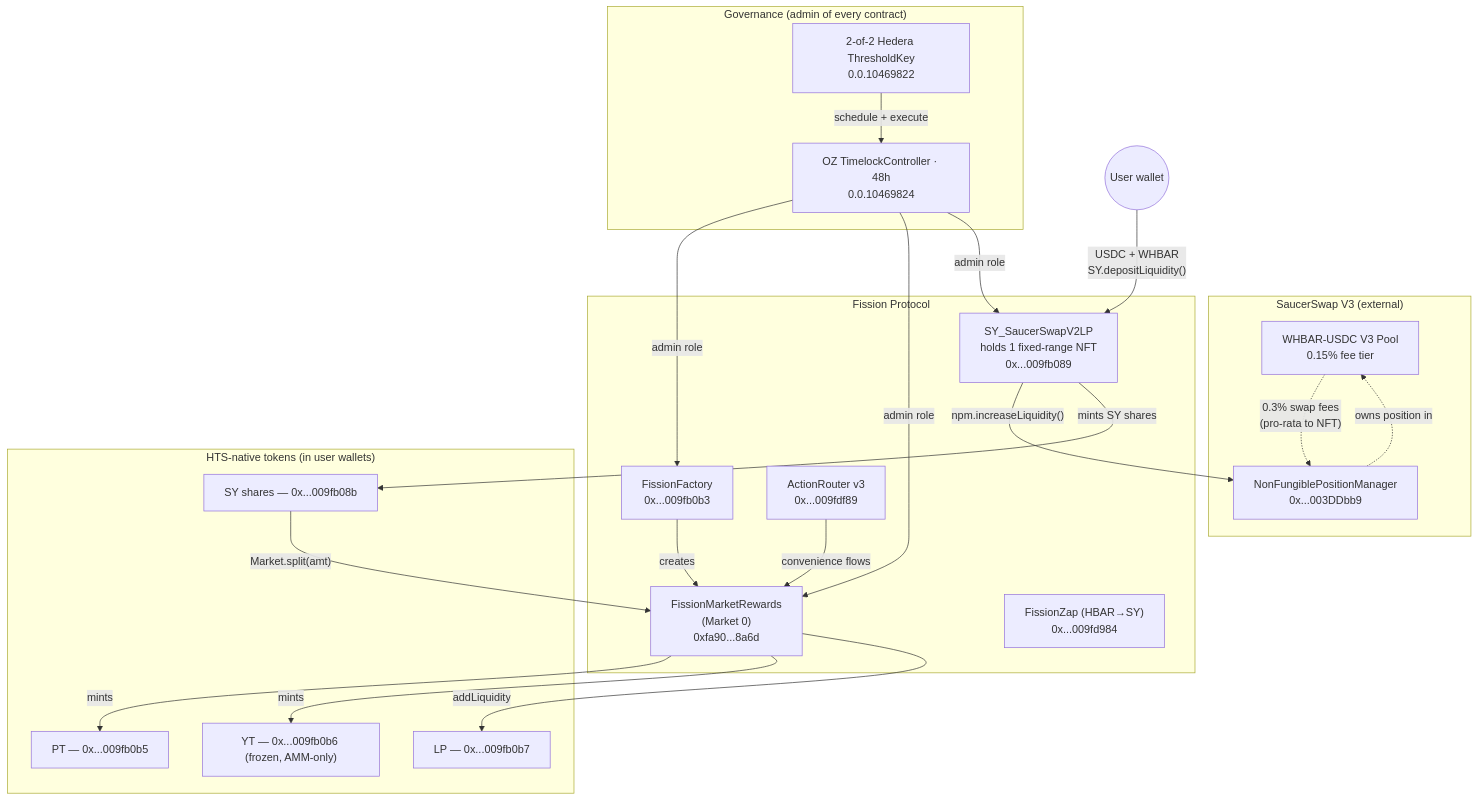
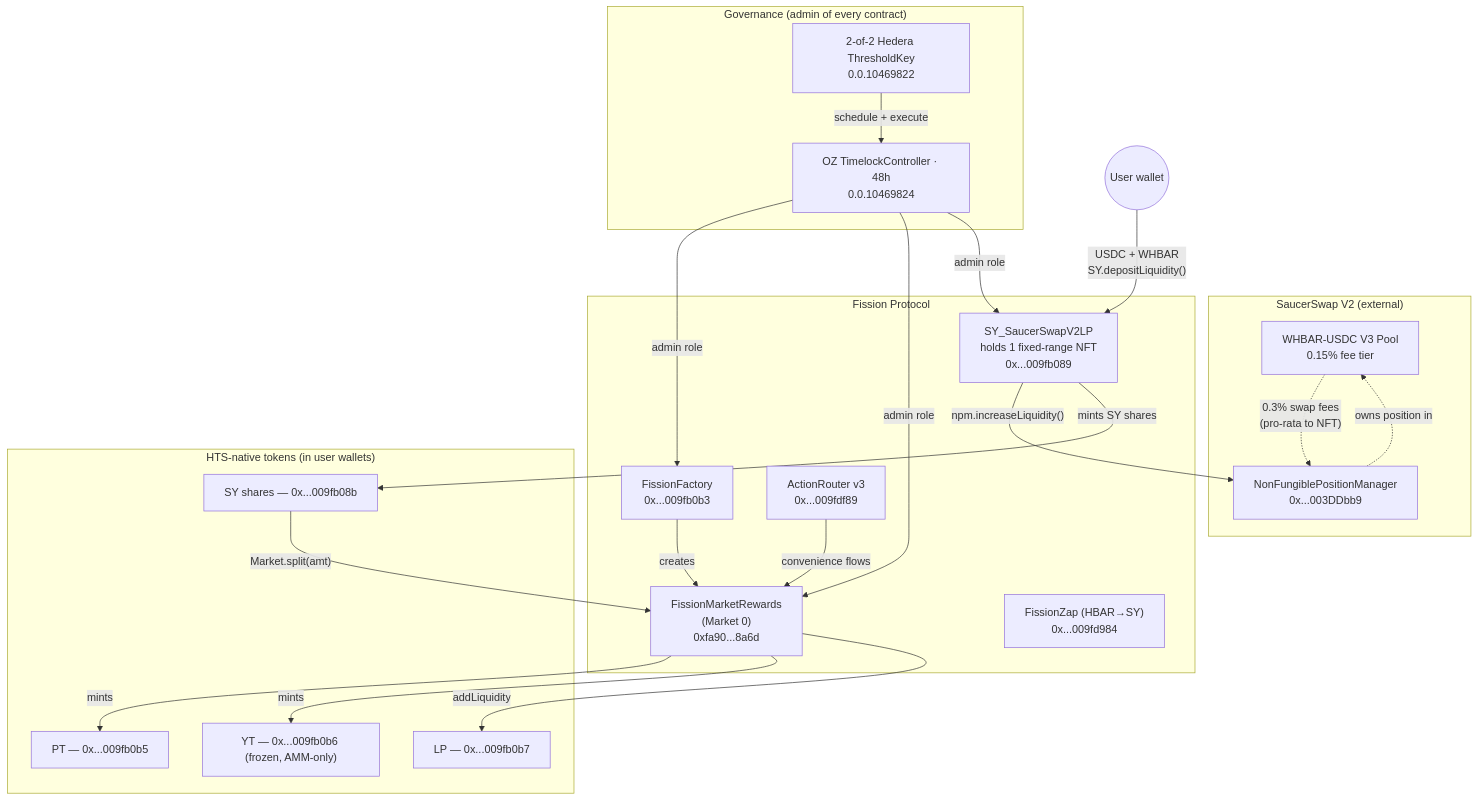
One commit to penguinpecker/fission-protocol-hedera changed the first of 5 diagrams in README.md. Above: the diagram before and after it, drawn with Mermaid. The commit also changed other lines of this file and 12 other files, not shown here.

First line of the commit message:
docs: rename SaucerSwap V3 → V2 across all references

````diff
--- a/README.md
+++ b/README.md
@@ -19,43 +19,43 @@
 ```mermaid
 flowchart TB
-    subgraph Outside["SaucerSwap V3 (external)"]
+    subgraph Outside["SaucerSwap V2 (external)"]
         Pool["WHBAR-USDC V3 Pool<br/>0.15% fee tier"]
         NPM["NonFungiblePositionManager<br/>0x...003DDbb9"]
     end
 
     subgraph Fission["Fission Protocol"]
         SY["SY_SaucerSwapV2LP<br/>holds 1 fixed-range NFT<br/>0x...009fb089"]
         Factory["FissionFactory<br/>0x...009fb0b3"]
         Market["FissionMarketRewards<br/>(Market 0)<br/>0xfa90...8a6d"]
         Router["ActionRouter v3<br/>0x...009fdf89"]
         Zap["FissionZap (HBAR→SY)<br/>0x...009fd984"]
     end
 
     subgraph Tokens["HTS-native tokens (in user wallets)"]
         PT["PT — 0x...009fb0b5"]
         YT["YT — 0x...009fb0b6 (frozen, AMM-only)"]
         LP["LP — 0x...009fb0b7"]
         SYsh["SY shares — 0x...009fb08b"]
     end
 
     subgraph Gov["Governance (admin of every contract)"]
         Thresh["2-of-2 Hedera ThresholdKey<br/>0.0.10469822"]
         TL["OZ TimelockController · 48h<br/>0.0.10469824"]
         Thresh -- "schedule + execute" --> TL
         TL -- "admin role" --> Factory
         TL -- "admin role" --> Market
         TL -- "admin role" --> SY
     end
 
     User((User wallet)) -- "USDC + WHBAR<br/>SY.depositLiquidity()" --> SY
     SY -- "npm.increaseLiquidity()" --> NPM
     NPM -. "owns position in" .-> Pool
     Pool -. "0.3% swap fees<br/>(pro-rata to NFT)" .-> NPM
     SY -- "mints SY shares" --> SYsh
     SYsh -- "Market.split(amt)" --> Market
     Market -- "mints" --> PT
     Market -- "mints" --> YT
     Router -- "convenience flows" --> Market
     Market -- "addLiquidity" --> LP
     Factory -- "creates" --> Market
 ```
````
